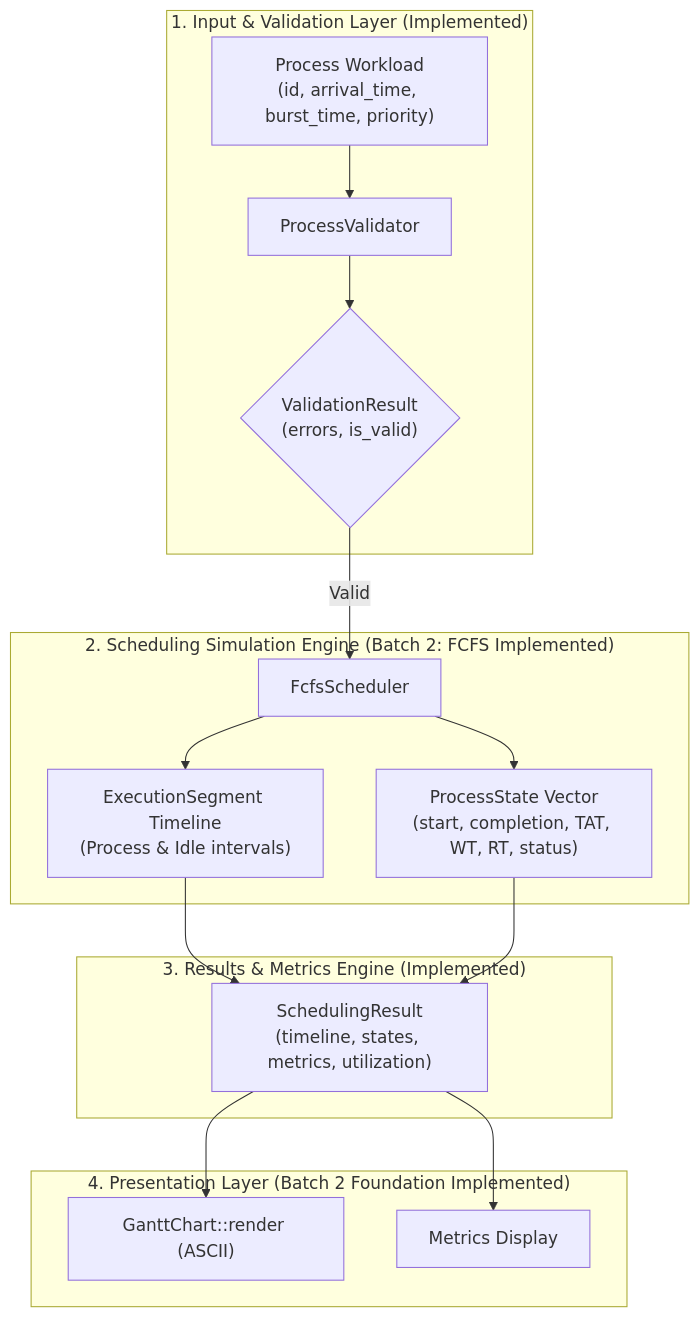
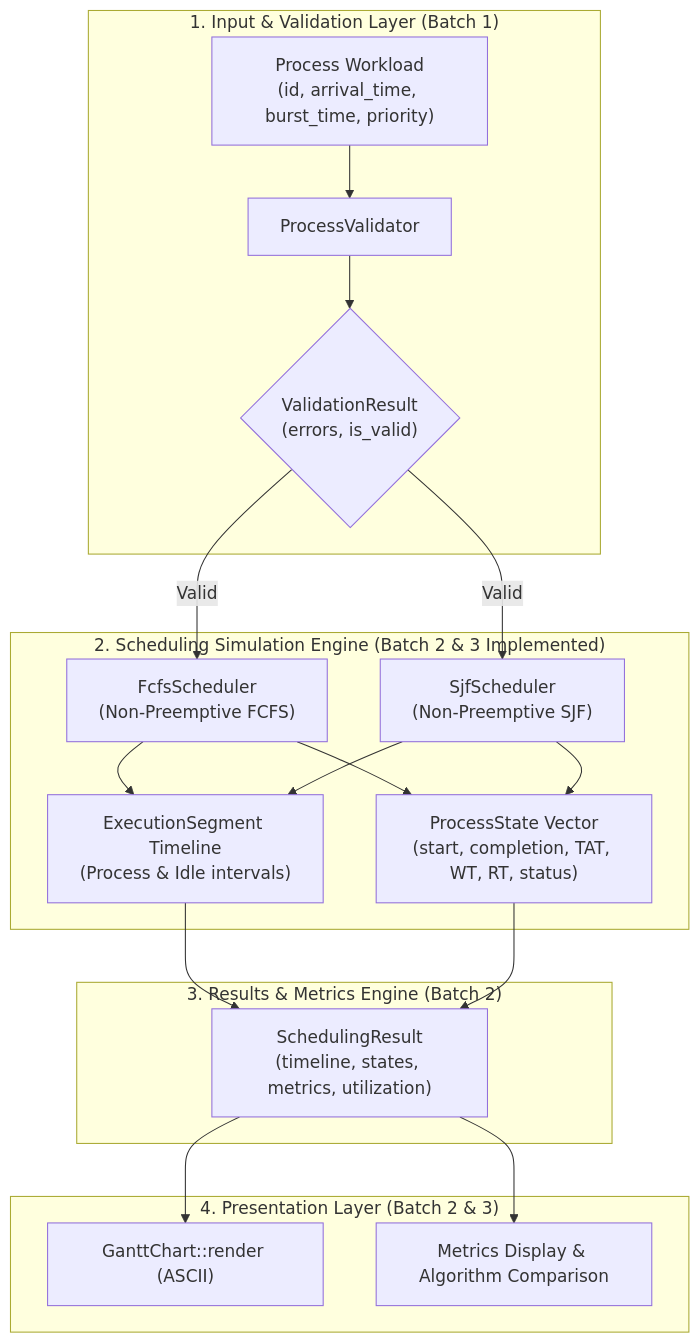
The diagram in docs/ARCHITECTURE.md (ThunderSkull7/cpu-scheduling-simulator), drawn with Mermaid before and after one commit. The commit also changed other lines of this file and 7 other files, not shown here.

Commit message:
feat: implement non-preemptive SJF scheduling algorithm

````diff
--- a/docs/ARCHITECTURE.md
+++ b/docs/ARCHITECTURE.md
@@ -16,22 +16,23 @@
 ```mermaid
 flowchart TD
-    subgraph InputLayer["1. Input & Validation Layer (Implemented)"]
+    subgraph InputLayer["1. Input & Validation Layer (Batch 1)"]
         RawWorkload["Process Workload\n(id, arrival_time, burst_time, priority)"] --> Validator["ProcessValidator"]
         Validator --> ValidationResult{"ValidationResult\n(errors, is_valid)"}
     end
 
-    subgraph SimulationLayer["2. Scheduling Simulation Engine (Batch 2: FCFS Implemented)"]
-        ValidationResult -->|Valid| Fcfs["FcfsScheduler"]
-        Fcfs --> ProcessState["ProcessState Vector\n(start, completion, TAT, WT, RT, status)"]
-        Fcfs --> Timeline["ExecutionSegment Timeline\n(Process & Idle intervals)"]
+    subgraph SimulationLayer["2. Scheduling Simulation Engine (Batch 2 & 3 Implemented)"]
+        ValidationResult -->|Valid| Fcfs["FcfsScheduler\n(Non-Preemptive FCFS)"]
+        ValidationResult -->|Valid| Sjf["SjfScheduler\n(Non-Preemptive SJF)"]
+        Fcfs & Sjf --> ProcessState["ProcessState Vector\n(start, completion, TAT, WT, RT, status)"]
+        Fcfs & Sjf --> Timeline["ExecutionSegment Timeline\n(Process & Idle intervals)"]
     end
 
-    subgraph AnalyticsLayer["3. Results & Metrics Engine (Implemented)"]
+    subgraph AnalyticsLayer["3. Results & Metrics Engine (Batch 2)"]
         Timeline & ProcessState --> SchedulingResult["SchedulingResult\n(timeline, states, metrics, utilization)"]
     end
 
-    subgraph PresentationLayer["4. Presentation Layer (Batch 2 Foundation Implemented)"]
+    subgraph PresentationLayer["4. Presentation Layer (Batch 2 & 3)"]
         SchedulingResult --> GanttChart["GanttChart::render (ASCII)"]
-        SchedulingResult --> CliMetrics["Metrics Display"]
+        SchedulingResult --> CliMetrics["Metrics Display & Algorithm Comparison"]
     end
 ```
````
